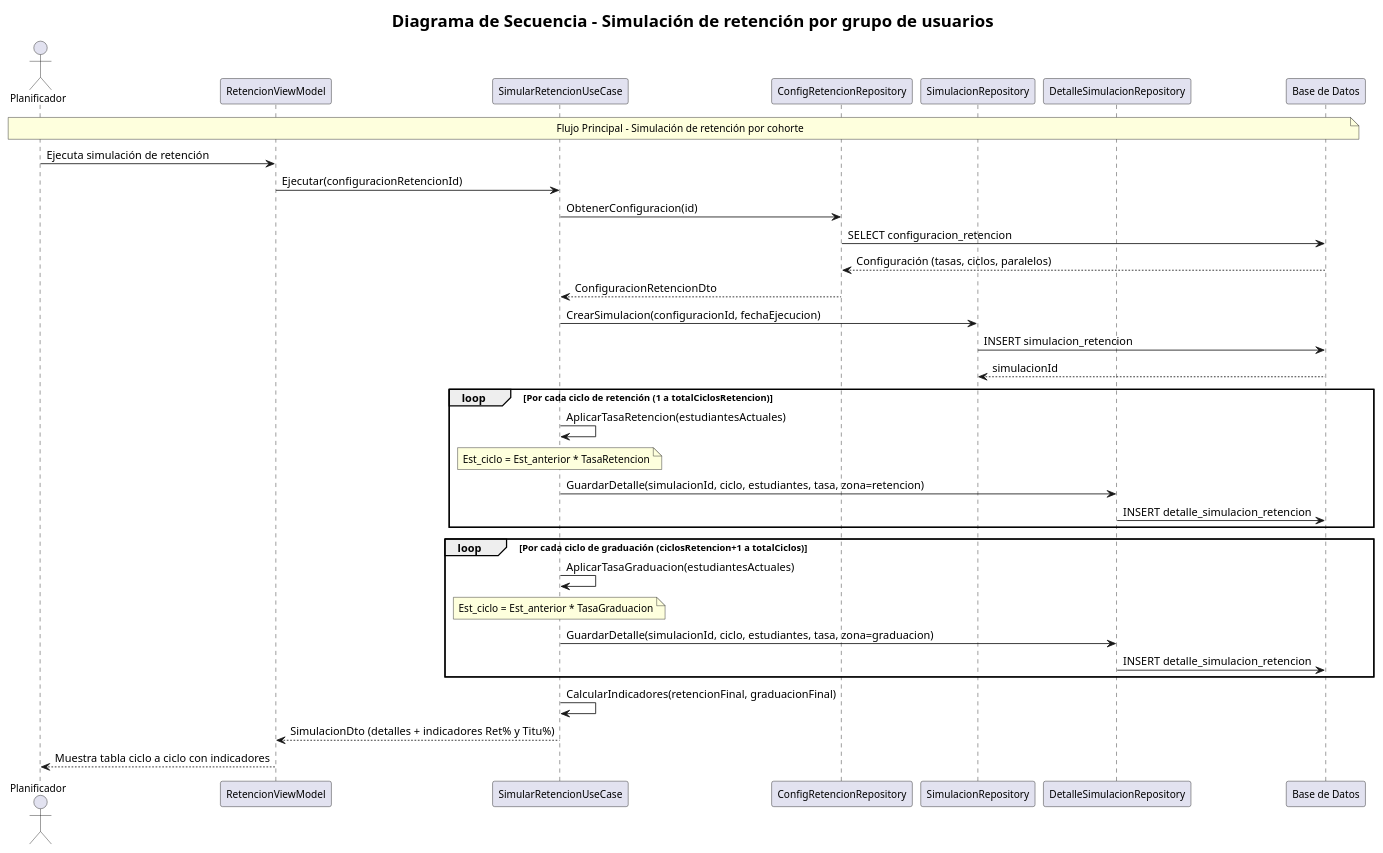
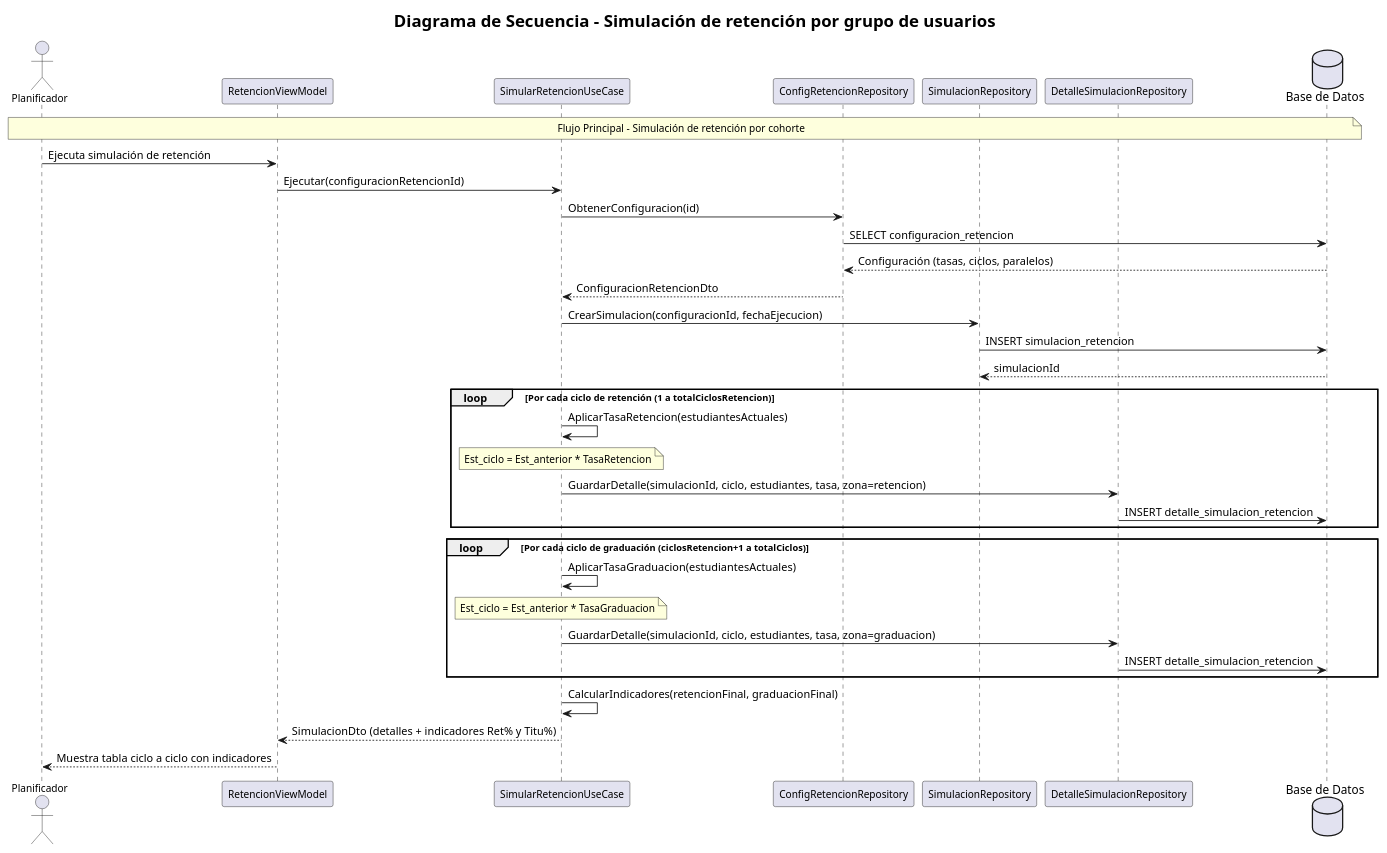
One commit to Miguels5847/SistemaAranceles changed the diagram in src/Application/UseCases/Diagramas de Secuencia/Diagrama-Secuencia-4-Simulación de retención por grupo de usuarios.puml. Above: the diagram before and after it, drawn with PlantUML. The commit also changed 43 other files, not shown here.

Commit message:
Cambios y mejoras en Diagramas

```diff
--- a/src/Application/UseCases/Diagramas de Secuencia/Diagrama-Secuencia-4-Simulación de retención por grupo de usuarios.puml
+++ b/src/Application/UseCases/Diagramas de Secuencia/Diagrama-Secuencia-4-Simulación de retención por grupo de usuarios.puml
@@ -1,66 +1,66 @@
 @startuml
 title <b><size:20>Diagrama de Secuencia - Simulación de retención por grupo de usuarios</size></b>
 
 skinparam participant {
     FontSize 12
     FontStyle normal
 }
 skinparam actor {
     FontSize 12
     FontStyle normal
 }
 skinparam note {
     FontSize 12
 }
 
 actor "Planificador"
 participant "RetencionViewModel"
 participant "SimularRetencionUseCase"
 participant "ConfigRetencionRepository"
 participant "SimulacionRepository"
 participant "DetalleSimulacionRepository"
-participant "Base de Datos"
+database "Base de Datos" as db
 
-note over "Planificador","Base de Datos"
+note over "Planificador","db"
 Flujo Principal - Simulación de retención por cohorte
 end note
 
 "Planificador" -> "RetencionViewModel": Ejecuta simulación de retención
 "RetencionViewModel" -> "SimularRetencionUseCase": Ejecutar(configuracionRetencionId)
 
 "SimularRetencionUseCase" -> "ConfigRetencionRepository": ObtenerConfiguracion(id)
-"ConfigRetencionRepository" -> "Base de Datos": SELECT configuracion_retencion
-"Base de Datos" --> "ConfigRetencionRepository": Configuración (tasas, ciclos, paralelos)
+"ConfigRetencionRepository" -> "db": SELECT configuracion_retencion
+"db" --> "ConfigRetencionRepository": Configuración (tasas, ciclos, paralelos)
 "ConfigRetencionRepository" --> "SimularRetencionUseCase": ConfiguracionRetencionDto
 
 "SimularRetencionUseCase" -> "SimulacionRepository": CrearSimulacion(configuracionId, fechaEjecucion)
-"SimulacionRepository" -> "Base de Datos": INSERT simulacion_retencion
-"Base de Datos" --> "SimulacionRepository": simulacionId
+"SimulacionRepository" -> "db": INSERT simulacion_retencion
+"db" --> "SimulacionRepository": simulacionId
 
 loop Por cada ciclo de retención (1 a totalCiclosRetencion)
     "SimularRetencionUseCase" -> "SimularRetencionUseCase": AplicarTasaRetencion(estudiantesActuales)
 
     note over "SimularRetencionUseCase"
     Est_ciclo = Est_anterior * TasaRetencion
     end note
 
     "SimularRetencionUseCase" -> "DetalleSimulacionRepository": GuardarDetalle(simulacionId, ciclo, estudiantes, tasa, zona=retencion)
-    "DetalleSimulacionRepository" -> "Base de Datos": INSERT detalle_simulacion_retencion
+    "DetalleSimulacionRepository" -> "db": INSERT detalle_simulacion_retencion
 end
 
 loop Por cada ciclo de graduación (ciclosRetencion+1 a totalCiclos)
     "SimularRetencionUseCase" -> "SimularRetencionUseCase": AplicarTasaGraduacion(estudiantesActuales)
 
     note over "SimularRetencionUseCase"
     Est_ciclo = Est_anterior * TasaGraduacion
     end note
 
     "SimularRetencionUseCase" -> "DetalleSimulacionRepository": GuardarDetalle(simulacionId, ciclo, estudiantes, tasa, zona=graduacion)
-    "DetalleSimulacionRepository" -> "Base de Datos": INSERT detalle_simulacion_retencion
+    "DetalleSimulacionRepository" -> "db": INSERT detalle_simulacion_retencion
 end
 
 "SimularRetencionUseCase" -> "SimularRetencionUseCase": CalcularIndicadores(retencionFinal, graduacionFinal)
 
 "SimularRetencionUseCase" --> "RetencionViewModel": SimulacionDto (detalles + indicadores Ret% y Titu%)
 "RetencionViewModel" --> "Planificador": Muestra tabla ciclo a ciclo con indicadores
 @enduml
```
